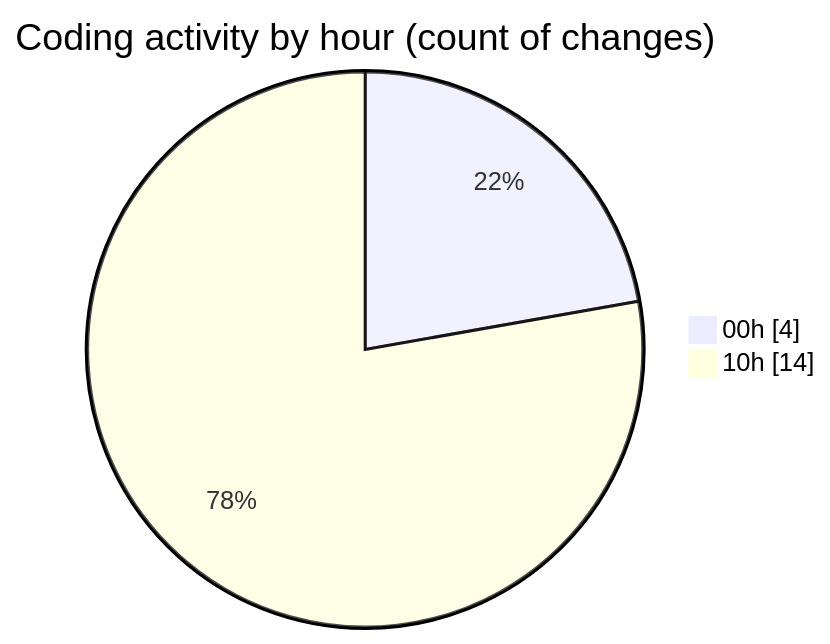
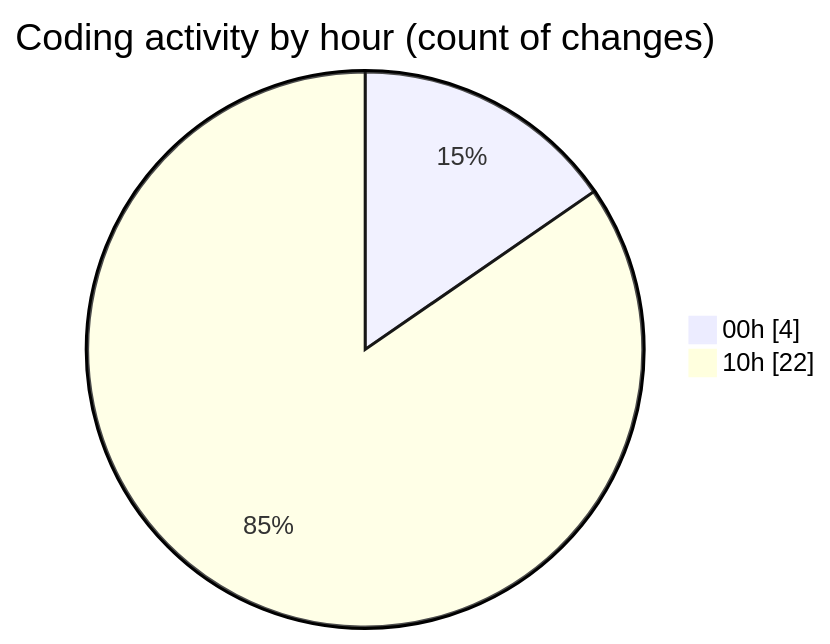
One commit to Netris89/code-tracking changed the second of 2 diagrams in 2025-04-04/back-end/README.md. Above: the diagram before and after it, drawn with Mermaid. The commit also changed other lines of this file and 1 other file, not shown here.

````diff
--- a/2025-04-04/back-end/README.md
+++ b/2025-04-04/back-end/README.md
@@ -28,6 +28,6 @@
 ```mermaid
 pie showData
 title Coding activity by hour (count of changes)
 "00h" : 4
-"10h" : 14
+"10h" : 22
 ```
````
